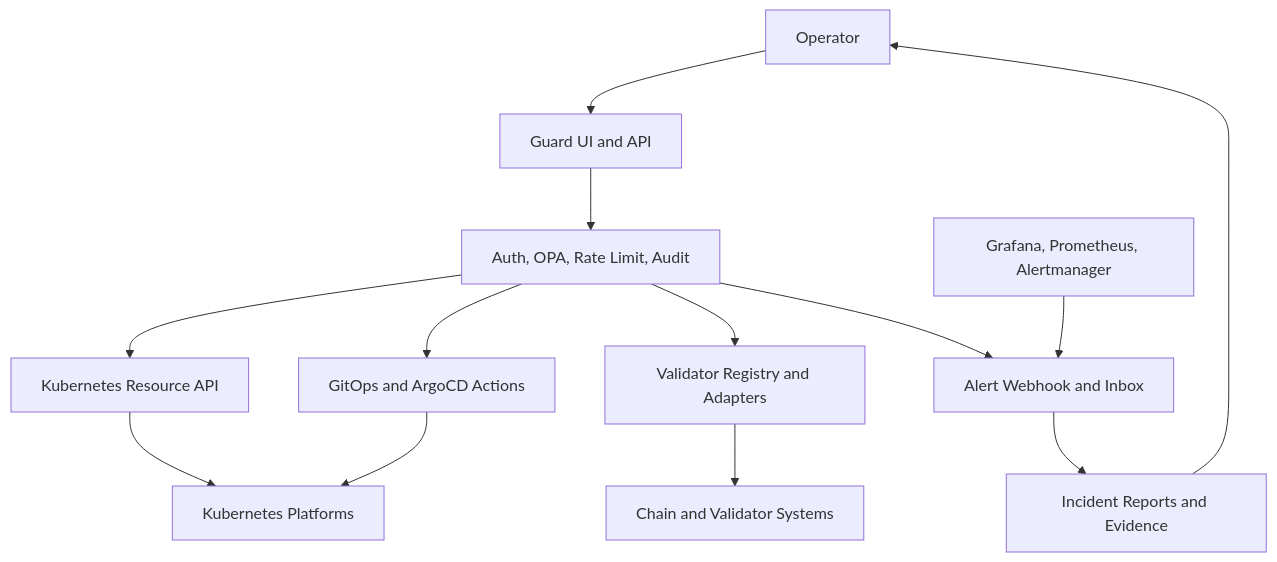
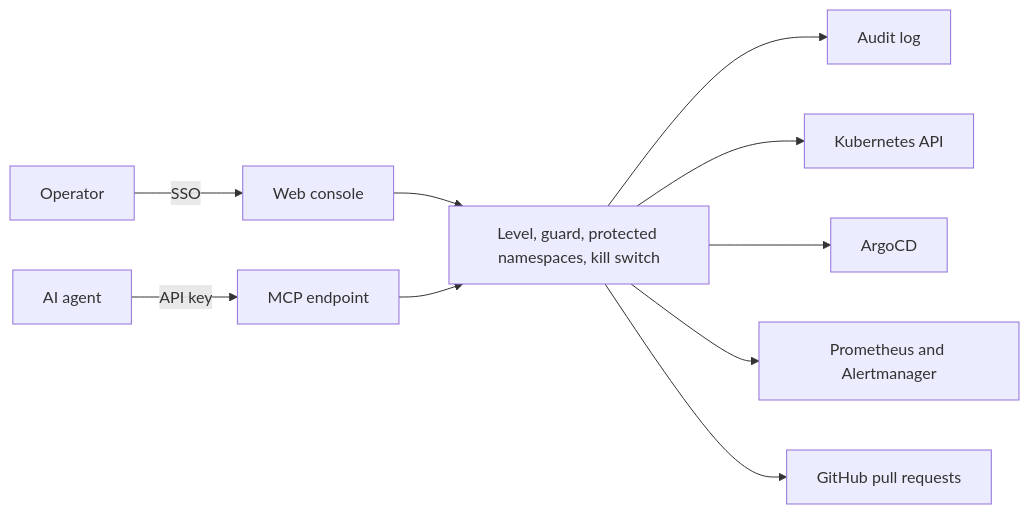
Before and after one commit to FP-Validated/fp-validated-docs: the diagram in website/docs/fp-validated-infra/fp-validated-guard.md, drawn with Mermaid. The commit also changed other lines of this file and 21 other files, not shown here.

First line of the commit message:
Bring infrastructure and chain architecture docs up to date

````diff
--- a/website/docs/fp-validated-infra/fp-validated-guard.md
+++ b/website/docs/fp-validated-infra/fp-validated-guard.md
@@ -11,27 +11,23 @@
 ```mermaid
-flowchart TB
-  op[Operator]
-  ui[Guard UI and API]
-  auth[Auth, OPA, Rate Limit, Audit]
-  kube[Kubernetes Resource API]
-  validators[Validator Registry and Adapters]
-  alerts[Alert Webhook and Inbox]
-  reports[Incident Reports and Evidence]
-  gitops[GitOps and ArgoCD Actions]
-  clusters[Kubernetes Platforms]
-  chains[Chain and Validator Systems]
-  monitoring[Grafana, Prometheus, Alertmanager]
+flowchart LR
+  person[Operator]
+  agent[AI agent]
+  console[Web console]
+  mcp[MCP endpoint]
+  checks[Level, guard, protected namespaces, kill switch]
+  audit[Audit log]
+  kube[Kubernetes API]
+  argo[ArgoCD]
+  mon[Prometheus and Alertmanager]
+  git[GitHub pull requests]
 
-  op --> ui
-  ui --> auth
-  auth --> kube
-  auth --> validators
-  auth --> alerts
-  auth --> gitops
-  kube --> clusters
-  gitops --> clusters
-  validators --> chains
-  monitoring --> alerts
-  alerts --> reports
-  reports --> op
+  person -- SSO --> console
+  agent -- API key --> mcp
+  console --> checks
+  mcp --> checks
+  checks --> audit
+  checks --> kube
+  checks --> argo
+  checks --> mon
+  checks --> git
 ```
````
